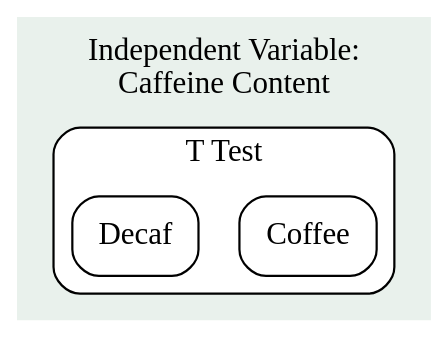
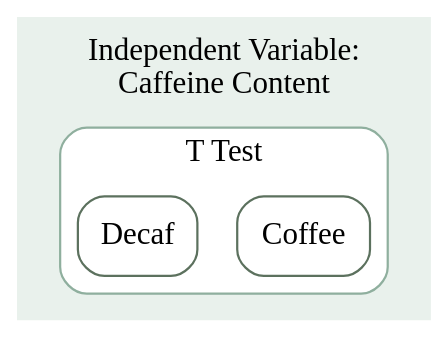
One commit to DavidBrocker/348SlideDecks changed the first of 5 diagrams in lec12/lec12.qmd. Above: the diagram before and after it, drawn with Graphviz. The commit also changed other lines of this file and 11 other files, not shown here.

````diff
--- a/lec12/lec12.qmd
+++ b/lec12/lec12.qmd
@@ -35,18 +100,19 @@
 ```{dot}
 graph {
-  
-  node[shape = box, style = rounded]
+  node[shape = box, style = "rounded,filled", fillcolor = "white", color = "#5C715E", fontname = "Fira Sans"]
+  edge[color = "#5C715E"]
   bgcolor="#E9F1EC"
   label="Independent Variable: \nCaffeine Content"
   labelloc="t"
 
   subgraph cluster_tt {
-  bgcolor="white"
-  style = rounded
-  label="T Test"
+    bgcolor="white"
+    style = rounded
+    color = "#8FAF9E"
+    label="T Test"
 
     Coffee_T [label="Coffee"]
     Decaf_T [label="Decaf"]
   }
 }
 ```
````
